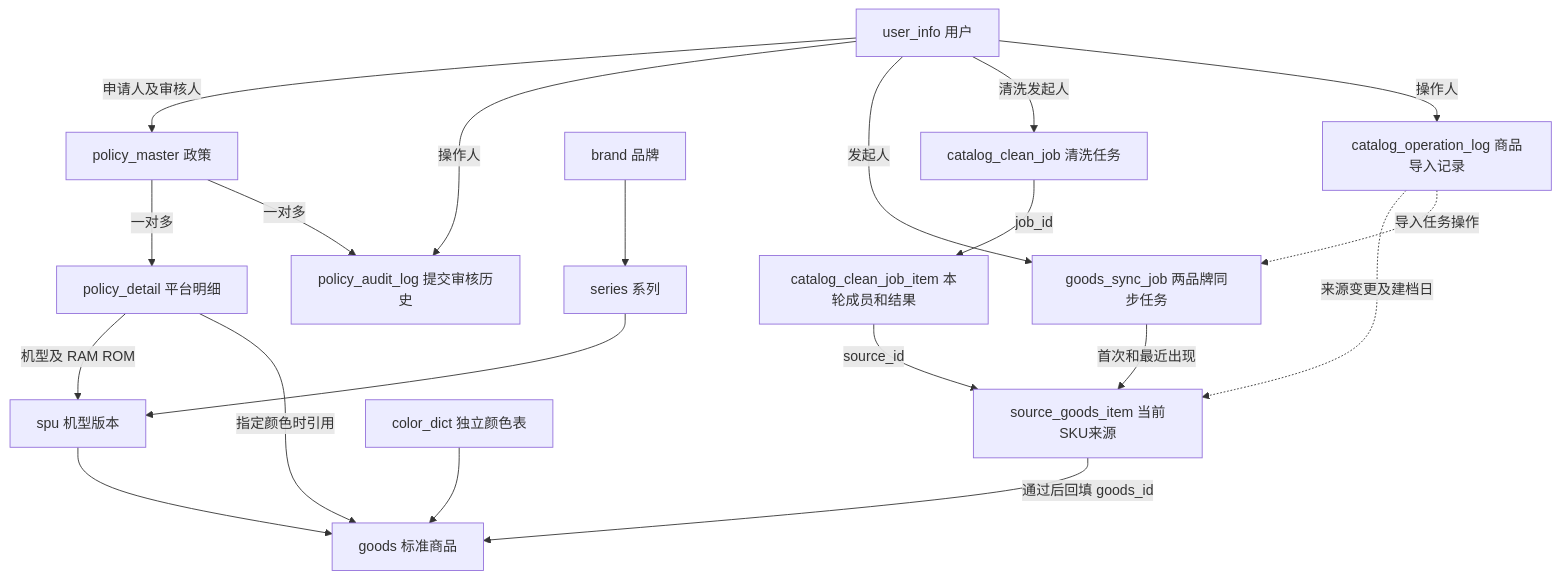
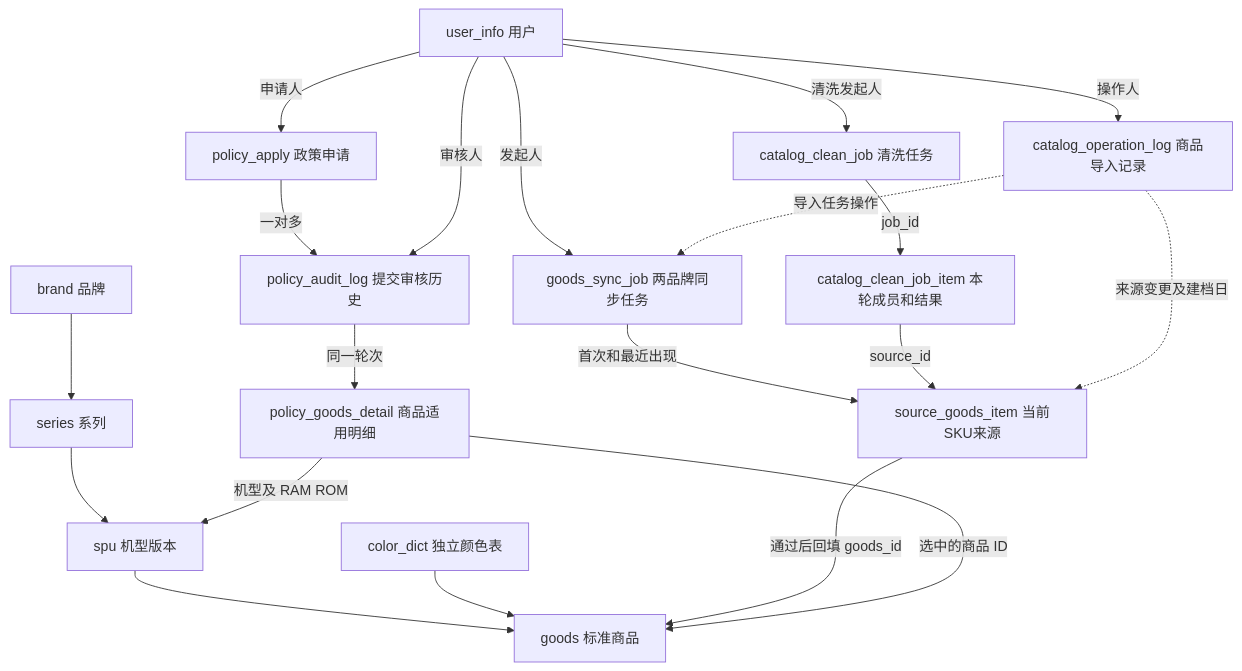
The diagram in docs/architecture/catalog-admin-design.md (szhi1488/differentiated-policy), drawn with Mermaid before and after one commit. The commit also changed other lines of this file and 69 other files, not shown here.

````diff
--- a/docs/architecture/catalog-admin-design.md
+++ b/docs/architecture/catalog-admin-design.md
@@ -42,22 +42,22 @@
 ```mermaid
 flowchart TB
-    U[user_info 用户] -->|申请人及审核人| P[policy_master 政策]
-    P -->|一对多| D[policy_detail 平台明细]
+    U[user_info 用户] -->|申请人| P[policy_apply 政策申请]
     P -->|一对多| A[policy_audit_log 提交审核历史]
-    U -->|操作人| A
+    A -->|同一轮次| D[policy_goods_detail 商品适用明细]
+    U -->|审核人| A
     U -->|发起人| J[goods_sync_job 两品牌同步任务]
     J -->|首次和最近出现| G[source_goods_item 当前SKU来源]
     U -->|清洗发起人| T[catalog_clean_job 清洗任务]
     T -->|job_id| M[catalog_clean_job_item 本轮成员和结果]
     M -->|source_id| G
     B[brand 品牌] --> S[series 系列]
     S --> V[spu 机型版本]
     V --> C[goods 标准商品]
     K[color_dict 独立颜色表] --> C
     G -->|通过后回填 goods_id| C
     D -->|机型及 RAM ROM| V
-    D -->|指定颜色时引用| C
+    D -->|选中的商品 ID| C
     U -->|操作人| L[catalog_operation_log 商品导入记录]
     L -.来源变更及建档日.-> G
     L -.导入任务操作.-> J
 ```
````
